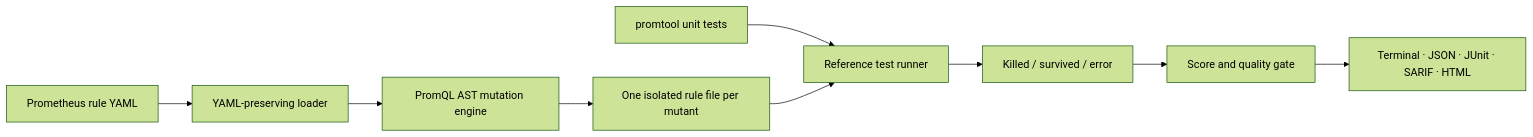
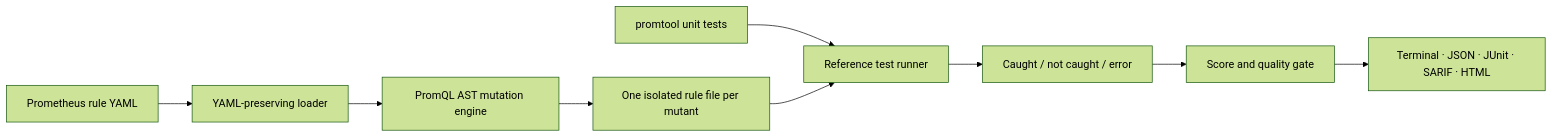
One commit to iahsanGill/tubicen changed the diagram in README.md. Above: the diagram before and after it, drawn with Mermaid (forest theme). The commit also changed other lines of this file and 16 other files, not shown here.

````diff
--- a/README.md
+++ b/README.md
@@ -99,11 +118,11 @@
 ```mermaid
 flowchart LR
     A["Prometheus rule YAML"] --> B["YAML-preserving loader"]
     B --> C["PromQL AST mutation engine"]
     C --> D["One isolated rule file per mutant"]
     T["promtool unit tests"] --> E["Reference test runner"]
     D --> E
-    E --> F["Killed / survived / error"]
+    E --> F["Caught / not caught / error"]
     F --> G["Score and quality gate"]
     G --> H["Terminal · JSON · JUnit · SARIF · HTML"]
 ```
````
